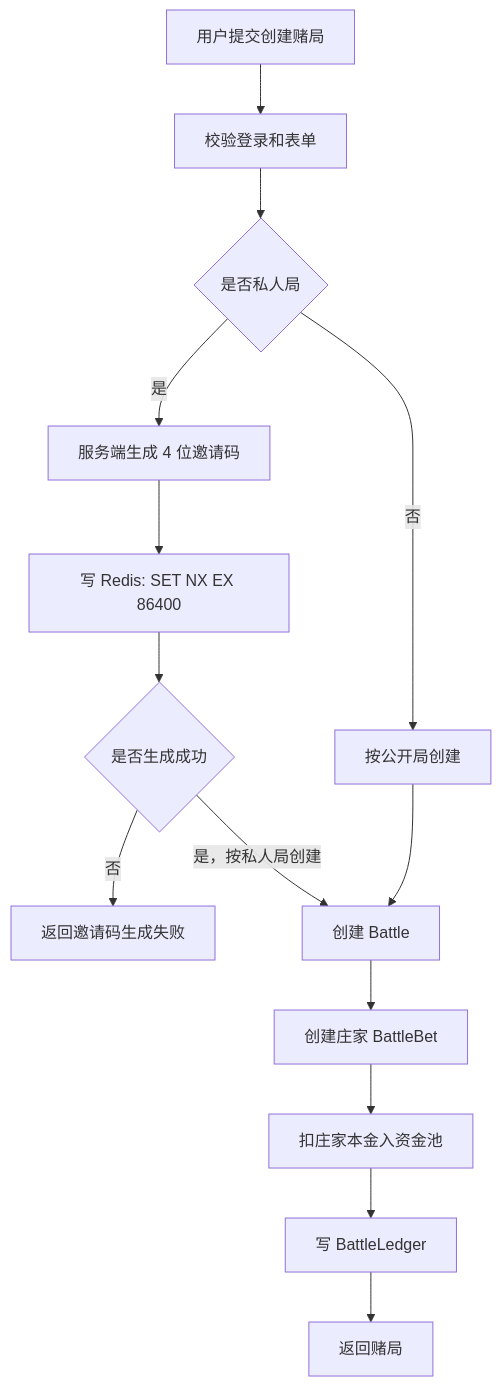
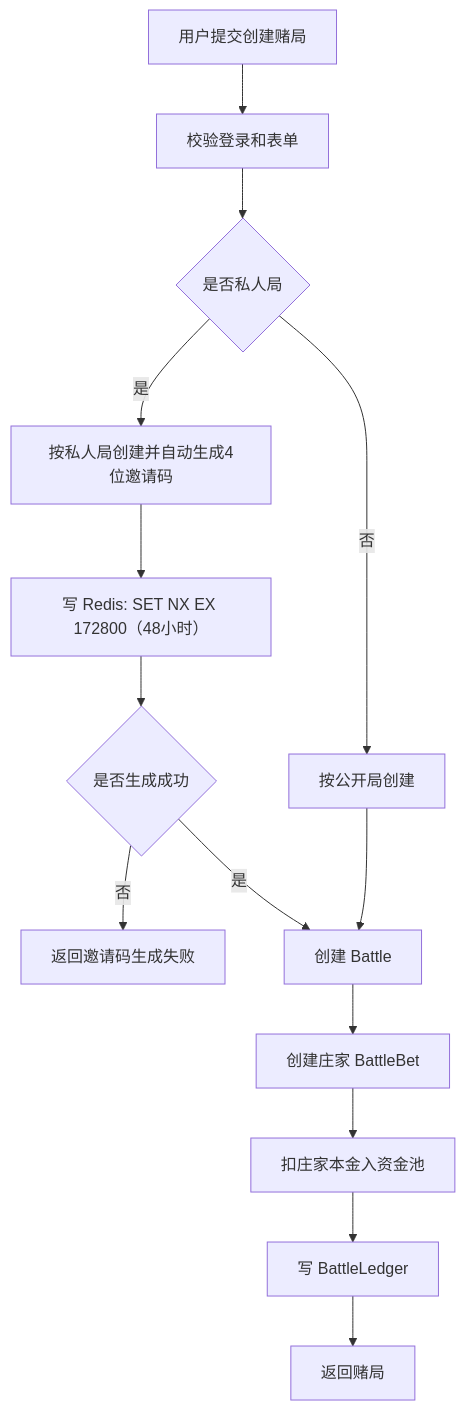
One commit to maoshuo1988/turtlepoll changed the first of 9 diagrams in prompt/project/开战广场/01-流程图.md. Above: the diagram before and after it, drawn with Mermaid. The commit also changed other lines of this file and 23 other files, not shown here.

````diff
--- a/prompt/project/开战广场/01-流程图.md
+++ b/prompt/project/开战广场/01-流程图.md
@@ -5,16 +5,16 @@
 ```mermaid
 flowchart TD
   A["用户提交创建赌局"] --> B["校验登录和表单"]
   B --> C{"是否私人局"}
-  C -- "是" --> D["服务端生成 4 位邀请码"]
+  C -- "是" --> D["按私人局创建并自动生成4位邀请码"]
   C -- "否" --> E["按公开局创建"]
-  D --> F["写 Redis: SET NX EX 86400"]
+  D --> F["写 Redis: SET NX EX 172800（48小时）"]
   F --> G{"是否生成成功"}
   G -- "否" --> Z["返回邀请码生成失败"]
-  G -- "是，按私人局创建" --> H["创建 Battle"]
+  G -- "是" --> H["创建 Battle"]
   E --> H
   H --> I["创建庄家 BattleBet"]
   I --> J["扣庄家本金入资金池"]
   J --> K["写 BattleLedger"]
   K --> L["返回赌局"]
 ```
````
